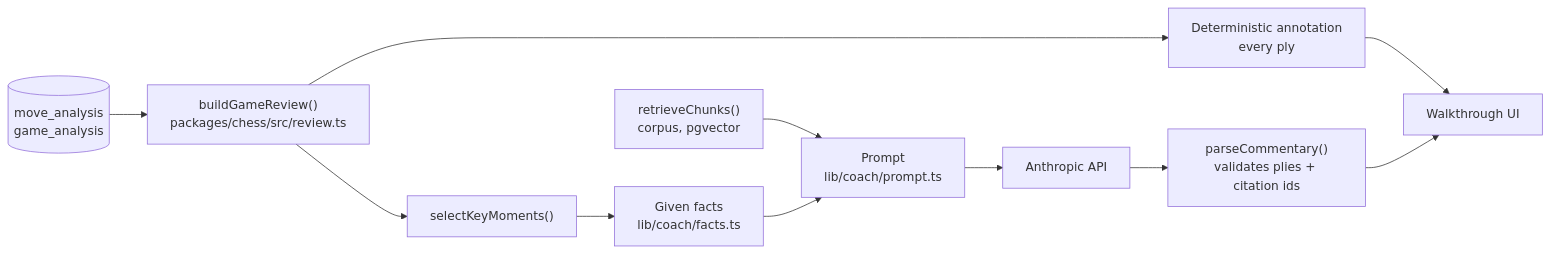
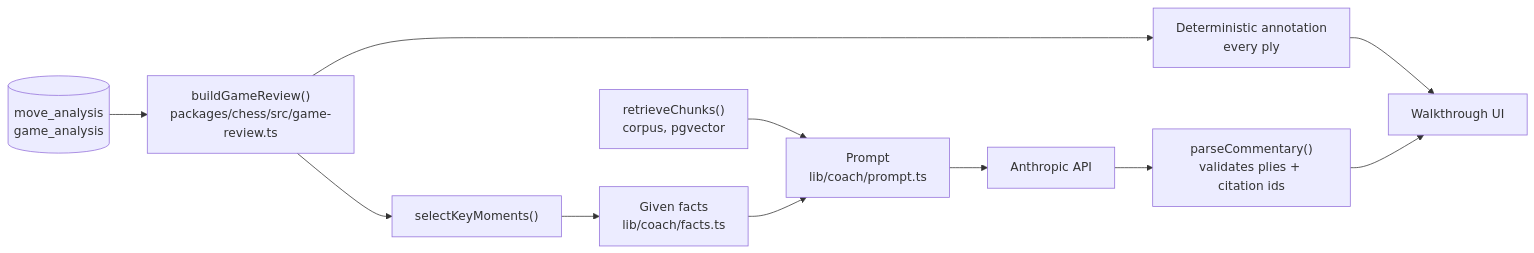
One commit to SimonF-Codes/ChessEdu changed the fourth of 4 diagrams in docs/architecture.md. Above: the diagram before and after it, drawn with Mermaid. The commit also changed other lines of this file and 6 other files, not shown here.

First line of the commit message:
Rename review.ts to game-review.ts

````diff
--- a/docs/architecture.md
+++ b/docs/architecture.md
@@ -186,13 +186,13 @@
 ```mermaid
 flowchart LR
-    MA[("move_analysis<br/>game_analysis")] --> RV["buildGameReview()<br/>packages/chess/src/review.ts"]
+    MA[("move_analysis<br/>game_analysis")] --> RV["buildGameReview()<br/>packages/chess/src/game-review.ts"]
     RV --> DET["Deterministic annotation<br/>every ply"]
     RV --> KM["selectKeyMoments()"]
     KM --> FACT["Given facts<br/>lib/coach/facts.ts"]
     RET["retrieveChunks()<br/>corpus, pgvector"] --> PR
     FACT --> PR["Prompt<br/>lib/coach/prompt.ts"]
     PR --> LLM["Anthropic API"]
     LLM --> PARSE["parseCommentary()<br/>validates plies + citation ids"]
     DET --> UI["Walkthrough UI"]
     PARSE --> UI
 ```
````
